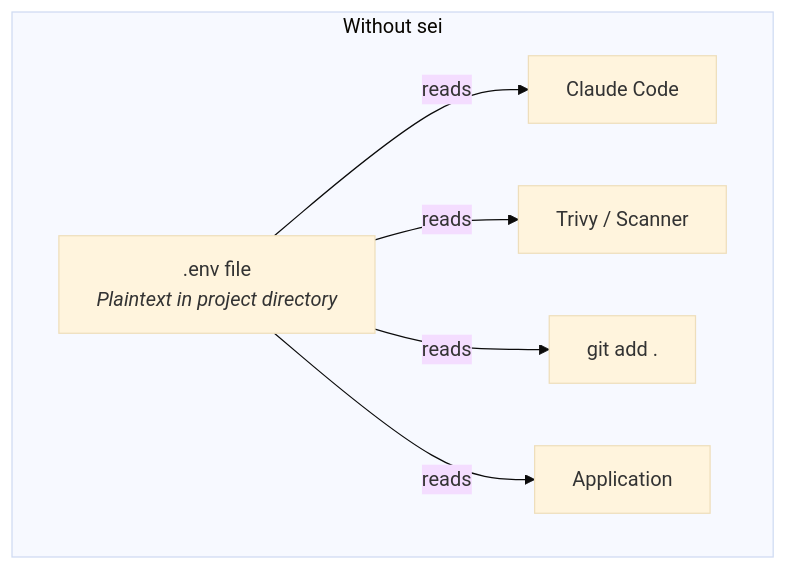
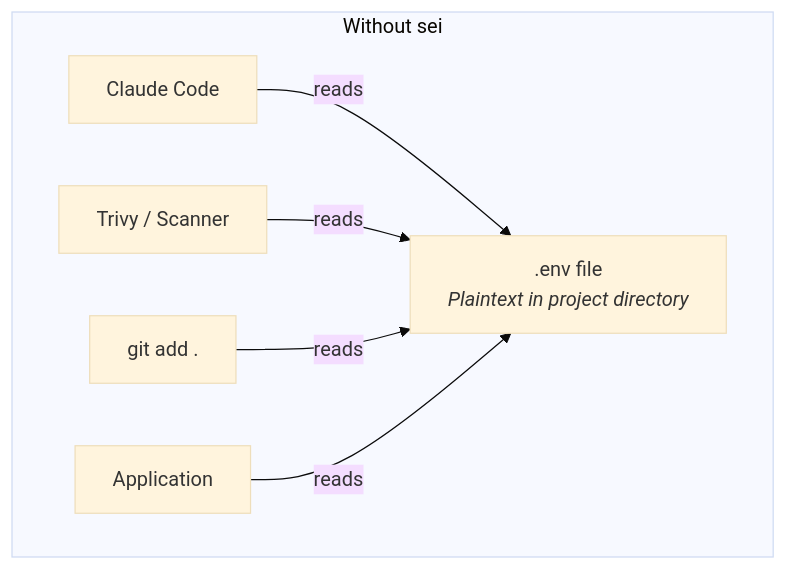
Before and after one commit to xi72yow/sei: the first of 3 diagrams in README.md, drawn with Mermaid (base theme).

````diff
--- a/README.md
+++ b/README.md
@@ -20,9 +20,9 @@
 ```mermaid
 graph TB
     subgraph "Without sei"
-        A[".env file<br/><i>Plaintext in project directory</i>"] -->|reads| B["Claude Code"]
-        A -->|reads| C["Trivy / Scanner"]
-        A -->|reads| D["git add ."]
-        A -->|reads| E["Application"]
+        B["Claude Code"] -->|reads| A[".env file<br/><i>Plaintext in project directory</i>"]
+        C["Trivy / Scanner"] -->|reads| A
+        D["git add ."] -->|reads| A
+        E["Application"] -->|reads| A
     end
 ```
````
